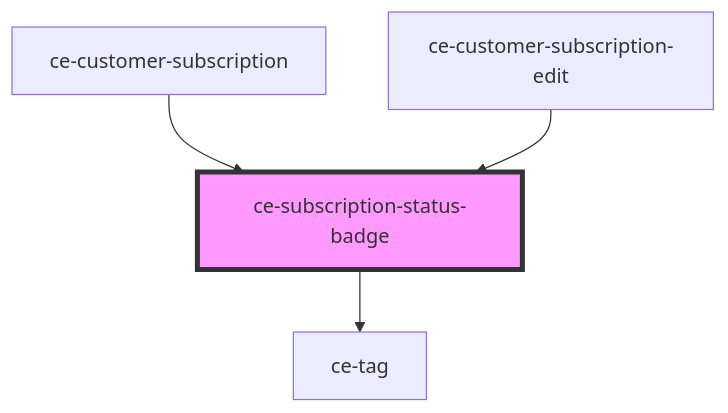
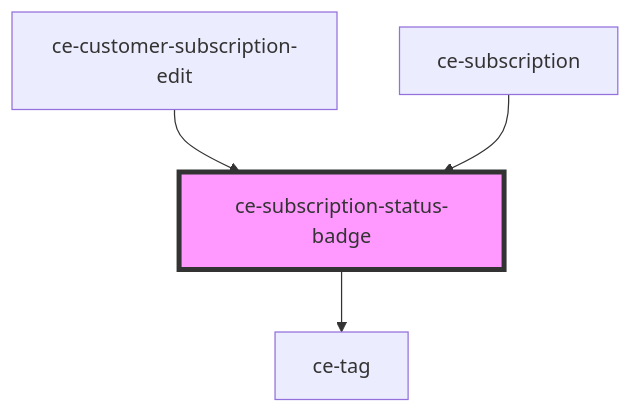
The diagram in packages/components/src/components/ui/subscription-status-badge/readme.md (surecart/surecart-wp-plugin), drawn with Mermaid before and after one commit. The commit also changed other lines of this file and 162 other files, not shown here.

````diff
--- a/packages/components/src/components/ui/subscription-status-badge/readme.md
+++ b/packages/components/src/components/ui/subscription-status-badge/readme.md
@@ -30,7 +30,7 @@
 ```mermaid
 graph TD;
   ce-subscription-status-badge --> ce-tag
-  ce-customer-subscription --> ce-subscription-status-badge
   ce-customer-subscription-edit --> ce-subscription-status-badge
+  ce-subscription --> ce-subscription-status-badge
   style ce-subscription-status-badge fill:#f9f,stroke:#333,stroke-width:4px
 ```
````
